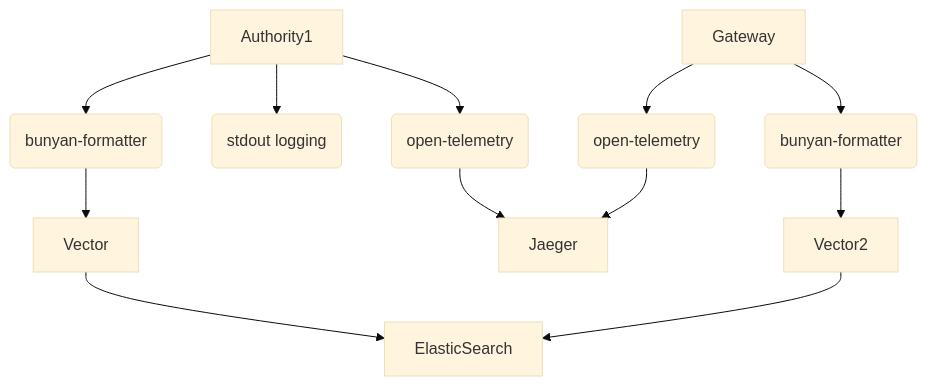
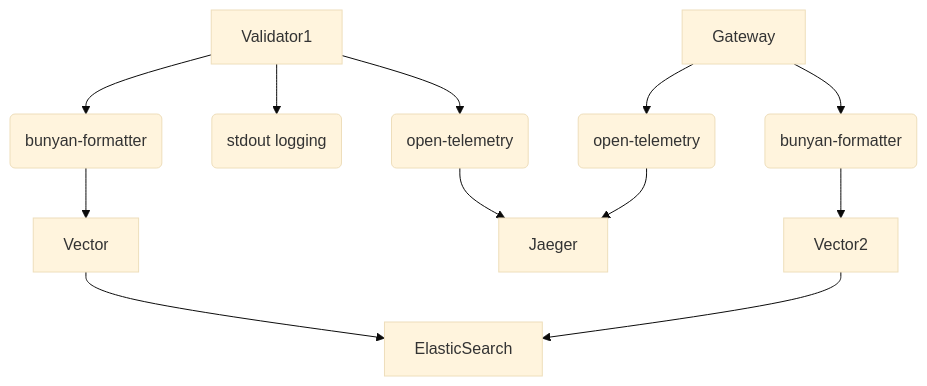
The diagram in doc/src/contribute/observability.md (MystenLabs/sui), drawn with Mermaid (base theme) before and after one commit. The commit also changed other lines of this file and 16 other files, not shown here.

Commit message:
chore: rename authority -> validator

````diff
--- a/doc/src/contribute/observability.md
+++ b/doc/src/contribute/observability.md
@@ -131,14 +131,14 @@
 ```mermaid
 graph TB;
-Authority1 --> S1(open-telemetry)
-Authority1 --> S2(stdout logging)
-Authority1 --> S3(bunyan-formatter)
+Validator1 --> S1(open-telemetry)
+Validator1 --> S2(stdout logging)
+Validator1 --> S3(bunyan-formatter)
 S3 --> Vector
 Vector --> ElasticSearch
 S1 --> Jaeger
 Gateway --> SG1(open-telemetry)
 Gateway --> SG3(bunyan-formatter)
 SG1 --> Jaeger
 SG3 --> Vector2
 Vector2 --> ElasticSearch
 ```
````
